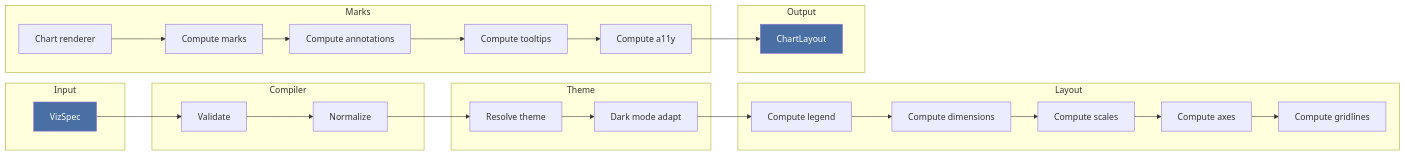
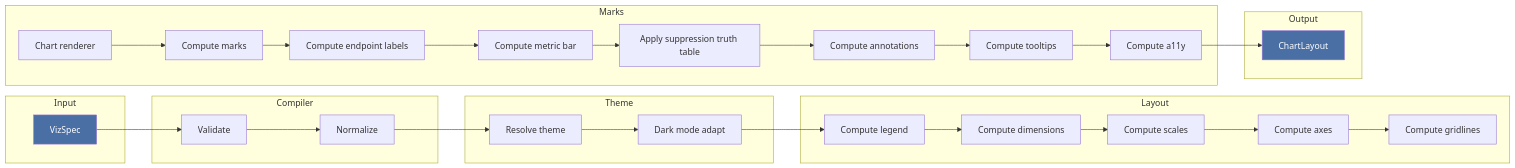
Before and after one commit to tryopendata/openchart: the first of 3 diagrams in docs/architecture.md, drawn with Mermaid. The commit also changed other lines of this file and 5 other files, not shown here.

````diff
--- a/docs/architecture.md
+++ b/docs/architecture.md
@@ -32,40 +32,43 @@
 ```mermaid
 graph LR
   subgraph Input
     A[VizSpec]
   end
 
   subgraph Compiler
     B[Validate] --> C[Normalize]
   end
 
   subgraph Theme
     D[Resolve theme] --> E[Dark mode adapt]
   end
 
   subgraph Layout
     F[Compute legend] --> G[Compute dimensions]
     G --> H[Compute scales]
     H --> I[Compute axes]
     I --> J[Compute gridlines]
   end
 
   subgraph Marks
     K[Chart renderer] --> L[Compute marks]
-    L --> M[Compute annotations]
+    L --> EL[Compute endpoint labels]
+    EL --> MB[Compute metric bar]
+    MB --> SUP[Apply suppression truth table]
+    SUP --> M[Compute annotations]
     M --> N[Compute tooltips]
     N --> O[Compute a11y]
   end
 
   subgraph Output
     P[ChartLayout]
   end
 
   A --> B
   C --> D
   E --> F
   O --> P
 
   style A fill:#4a6fa5,color:#fff
   style P fill:#4a6fa5,color:#fff
 ```
````
